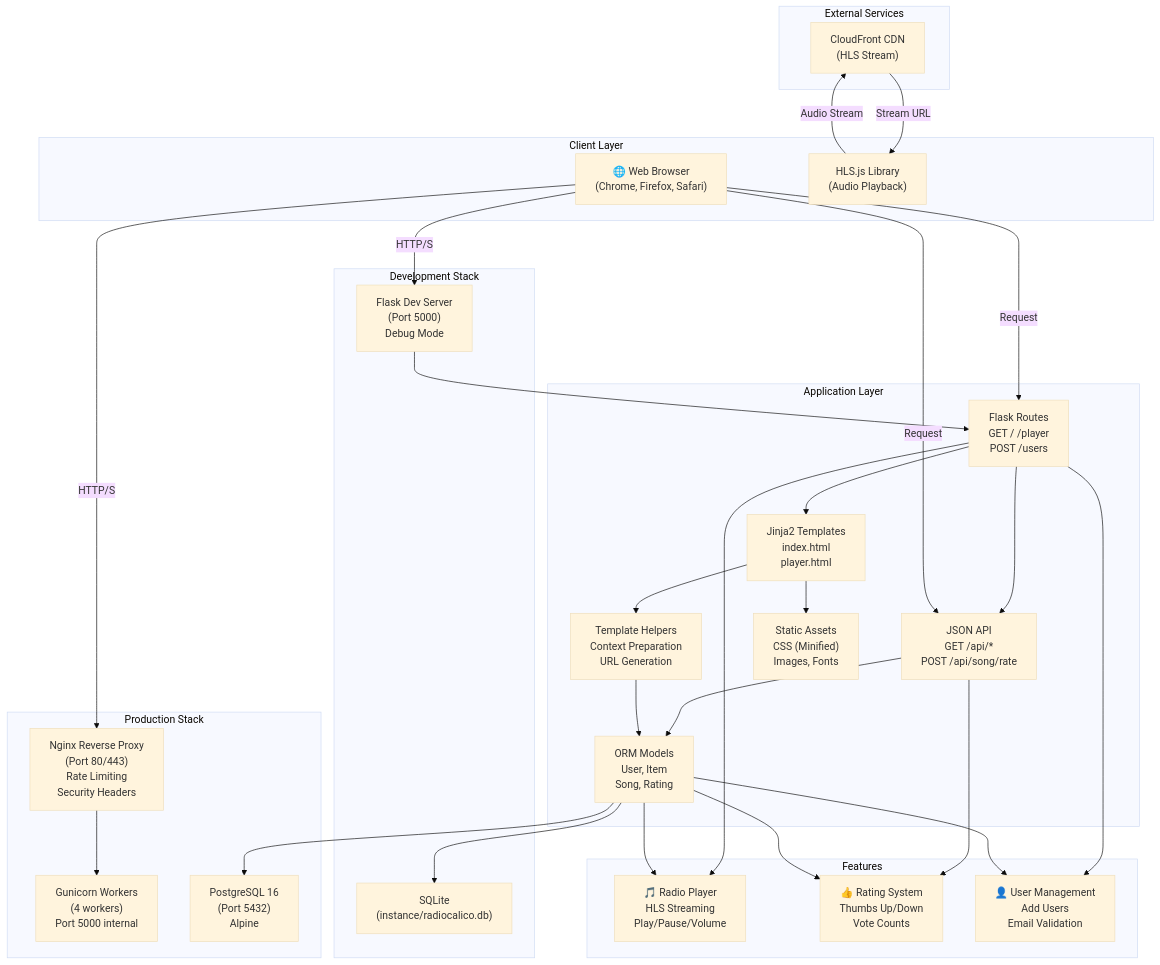
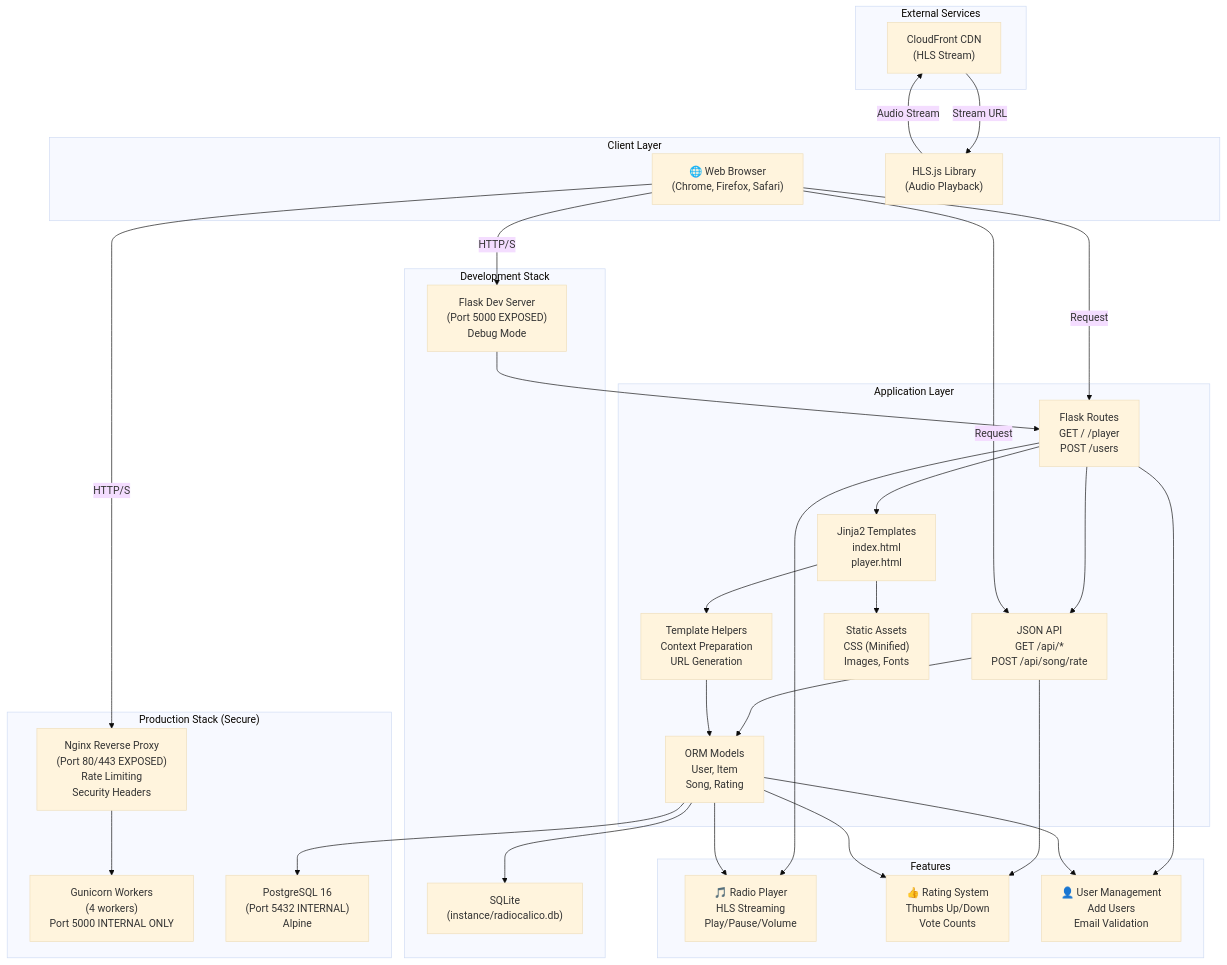
One commit to pkjha-aero/Udemy_ClaudeCode_SundogEdu changed the first of 10 diagrams in radiocalico/ARCHITECTURE.md. Above: the diagram before and after it, drawn with Mermaid (base theme). The commit also changed other lines of this file, not shown here.

First line of the commit message:
docs: Update architecture diagrams to clarify port exposure policy

````diff
--- a/radiocalico/ARCHITECTURE.md
+++ b/radiocalico/ARCHITECTURE.md
@@ -21,65 +26,65 @@
 ```mermaid
 graph TB
     subgraph "External Services"
         CDN["CloudFront CDN<br/>(HLS Stream)"]
     end
 
     subgraph "Client Layer"
         Browser["🌐 Web Browser<br/>(Chrome, Firefox, Safari)"]
         JS["HLS.js Library<br/>(Audio Playback)"]
     end
 
     subgraph "Development Stack"
-        DevServer["Flask Dev Server<br/>(Port 5000)<br/>Debug Mode"]
+        DevServer["Flask Dev Server<br/>(Port 5000 EXPOSED)<br/>Debug Mode"]
         DevDB["SQLite<br/>(instance/radiocalico.db)"]
     end
 
-    subgraph "Production Stack"
-        Nginx["Nginx Reverse Proxy<br/>(Port 80/443)<br/>Rate Limiting<br/>Security Headers"]
-        Gunicorn["Gunicorn Workers<br/>(4 workers)<br/>Port 5000 internal"]
-        ProdDB["PostgreSQL 16<br/>(Port 5432)<br/>Alpine"]
+    subgraph "Production Stack (Secure)"
+        Nginx["Nginx Reverse Proxy<br/>(Port 80/443 EXPOSED)<br/>Rate Limiting<br/>Security Headers"]
+        Gunicorn["Gunicorn Workers<br/>(4 workers)<br/>Port 5000 INTERNAL ONLY"]
+        ProdDB["PostgreSQL 16<br/>(Port 5432 INTERNAL)<br/>Alpine"]
     end
 
     subgraph "Application Layer"
         Routes["Flask Routes<br/>GET / /player<br/>POST /users"]
         API["JSON API<br/>GET /api/*<br/>POST /api/song/rate"]
         Models["ORM Models<br/>User, Item<br/>Song, Rating"]
         Helpers["Template Helpers<br/>Context Preparation<br/>URL Generation"]
         Templates["Jinja2 Templates<br/>index.html<br/>player.html"]
         Assets["Static Assets<br/>CSS (Minified)<br/>Images, Fonts"]
     end
 
     subgraph "Features"
         Player["🎵 Radio Player<br/>HLS Streaming<br/>Play/Pause/Volume"]
         Rating["👍 Rating System<br/>Thumbs Up/Down<br/>Vote Counts"]
         UserMgmt["👤 User Management<br/>Add Users<br/>Email Validation"]
     end
 
     CDN -->|Stream URL| JS
     Browser -->|HTTP/S| Nginx
     Browser -->|HTTP/S| DevServer
     JS -->|Audio Stream| CDN
 
     DevServer --> Routes
     Nginx --> Gunicorn
 
     Routes --> API
     Routes --> Templates
     API --> Models
     Templates --> Helpers
     Helpers --> Models
 
     Models --> DevDB
     Models --> ProdDB
 
     Templates --> Assets
     Browser -->|Request| Routes
     Browser -->|Request| API
 
     Routes --> Player
     API --> Rating
     Routes --> UserMgmt
     Models --> Player
     Models --> Rating
     Models --> UserMgmt
 ```
````
